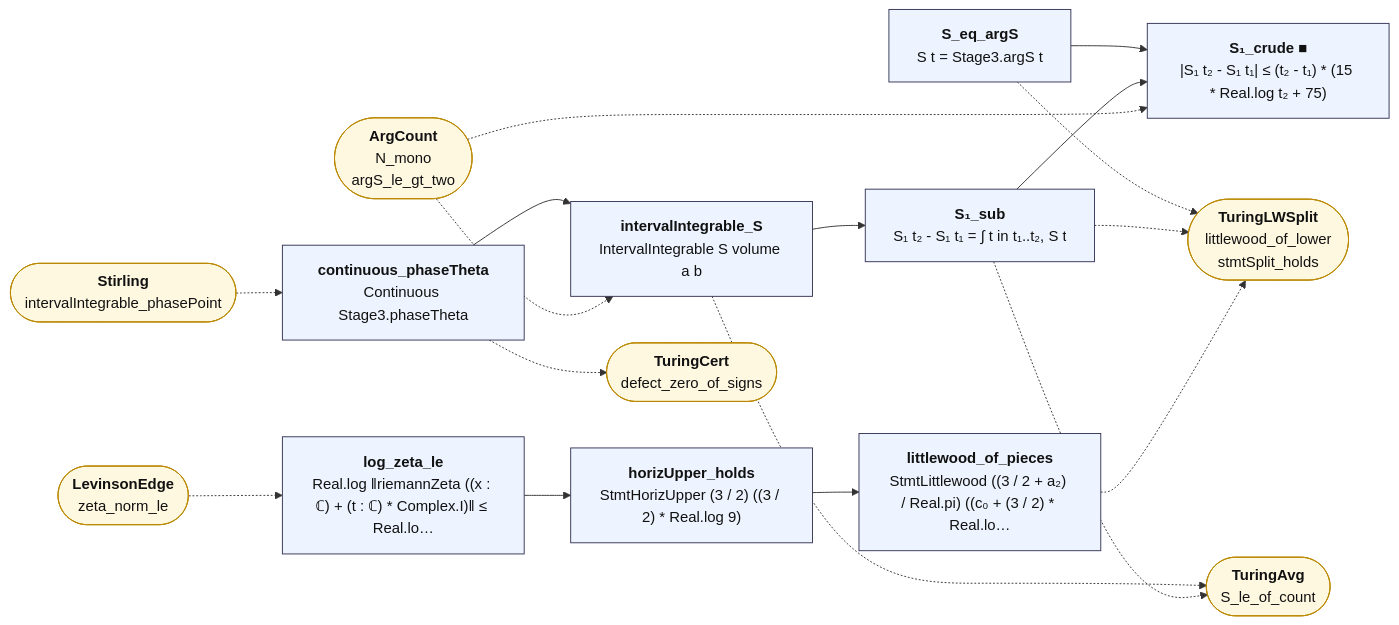
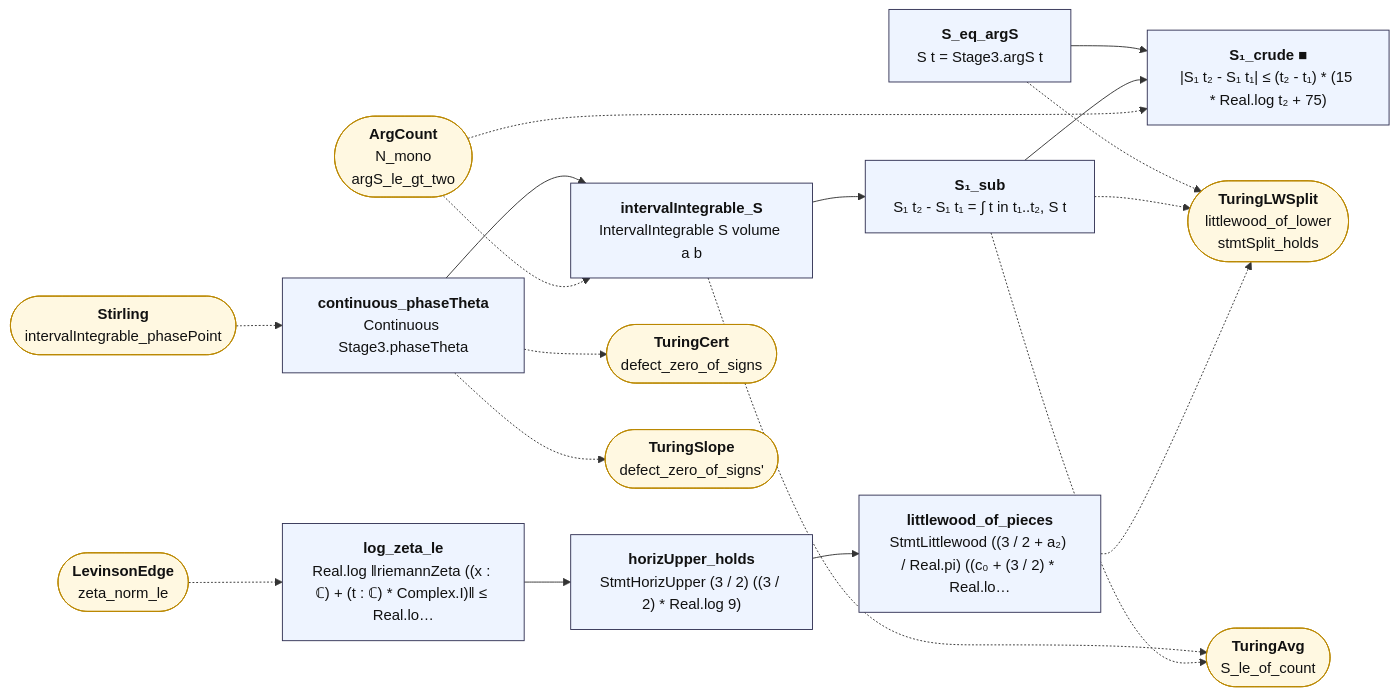
One commit to juliansambranojr/Primebeat_081426 changed the diagram in map/lean_stage3/TuringS.mmd. Above: the diagram before and after it, drawn with Mermaid. The commit also changed 33 other files, not shown here.

```diff
--- a/map/lean_stage3/TuringS.mmd
+++ b/map/lean_stage3/TuringS.mmd
@@ -1,39 +1,41 @@
 flowchart LR
   n0["<b>S_eq_argS</b><br/>S t = Stage3.argS t"]:::thm
   n1["<b>continuous_phaseTheta</b><br/>Continuous Stage3.phaseTheta"]:::thm
   n2["<b>intervalIntegrable_S</b><br/>IntervalIntegrable S volume a b"]:::thm
   n3["<b>S₁_sub</b><br/>S₁ t₂ - S₁ t₁ = ∫ t in t₁..t₂, S t"]:::thm
   n4["<b>S₁_crude ■</b><br/>|S₁ t₂ - S₁ t₁| ≤ (t₂ - t₁) * (15 * Real.log t₂ + 75)"]:::thm
   n5["<b>log_zeta_le</b><br/>Real.log ‖riemannZeta ((x : ℂ) + (t : ℂ) * Complex.I)‖ ≤ Real.lo…"]:::thm
   n6["<b>horizUpper_holds</b><br/>StmtHorizUpper (3 / 2) ((3 / 2) * Real.log 9)"]:::thm
   n7["<b>littlewood_of_pieces</b><br/>StmtLittlewood ((3 / 2 + a₂) / Real.pi) ((c₀ + (3 / 2) * Real.lo…"]:::thm
   x0(["<b>TuringLWSplit</b><br/>littlewood_of_lower<br/>stmtSplit_holds"]):::ext
   x1(["<b>Stirling</b><br/>intervalIntegrable_phasePoint"]):::ext
   x2(["<b>TuringCert</b><br/>defect_zero_of_signs"]):::ext
-  x3(["<b>ArgCount</b><br/>N_mono<br/>argS_le_gt_two"]):::ext
-  x4(["<b>TuringAvg</b><br/>S_le_of_count"]):::ext
-  x5(["<b>LevinsonEdge</b><br/>zeta_norm_le"]):::ext
+  x3(["<b>TuringSlope</b><br/>defect_zero_of_signs'"]):::ext
+  x4(["<b>ArgCount</b><br/>N_mono<br/>argS_le_gt_two"]):::ext
+  x5(["<b>TuringAvg</b><br/>S_le_of_count"]):::ext
+  x6(["<b>LevinsonEdge</b><br/>zeta_norm_le"]):::ext
   n0 --> n4
   n1 --> n2
   n2 --> n3
   n3 --> n4
   n5 --> n6
   n6 --> n7
   n0 -.-> x0
   n1 -.-> x2
-  n2 -.-> x4
+  n1 -.-> x3
+  n2 -.-> x5
   n3 -.-> x0
-  n3 -.-> x4
+  n3 -.-> x5
   n7 -.-> x0
   x1 -.-> n1
-  x3 -.-> n2
-  x3 -.-> n4
-  x5 -.-> n5
+  x4 -.-> n2
+  x4 -.-> n4
+  x6 -.-> n5
   classDef cnt fill:#dff5ec,stroke:#17694a,color:#111
   classDef shp fill:#f1ecfb,stroke:#5b3fa0,color:#111
   classDef rh fill:#ffe5e5,stroke:#c22,color:#111,stroke-width:2px
   classDef thm fill:#eef4ff,stroke:#335,color:#111
   classDef end_ fill:#e7f7e7,stroke:#2a7,color:#111,stroke-width:2px
   classDef lone fill:#fff,stroke:#999,color:#111,stroke-dasharray:4 3
   classDef bad fill:#ffe5e5,stroke:#c22,color:#111,stroke-width:2px
   classDef ext fill:#fff8e1,stroke:#b80,color:#111
```
